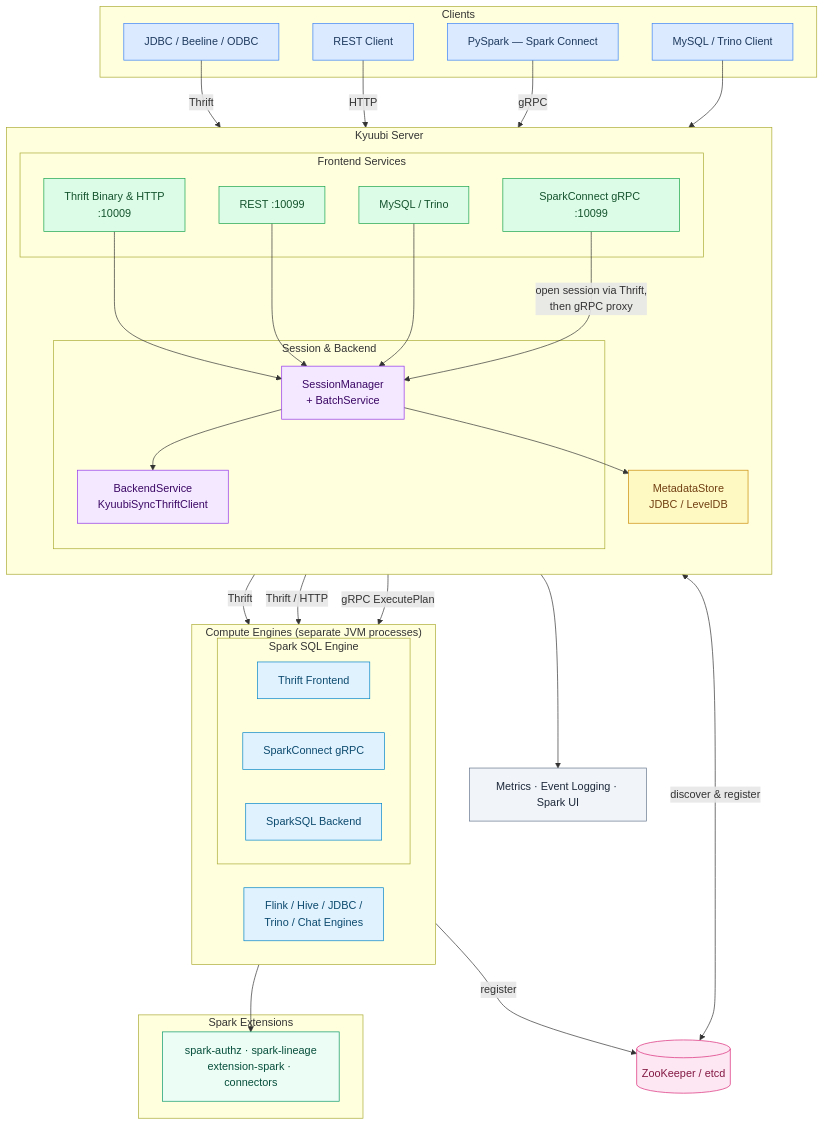
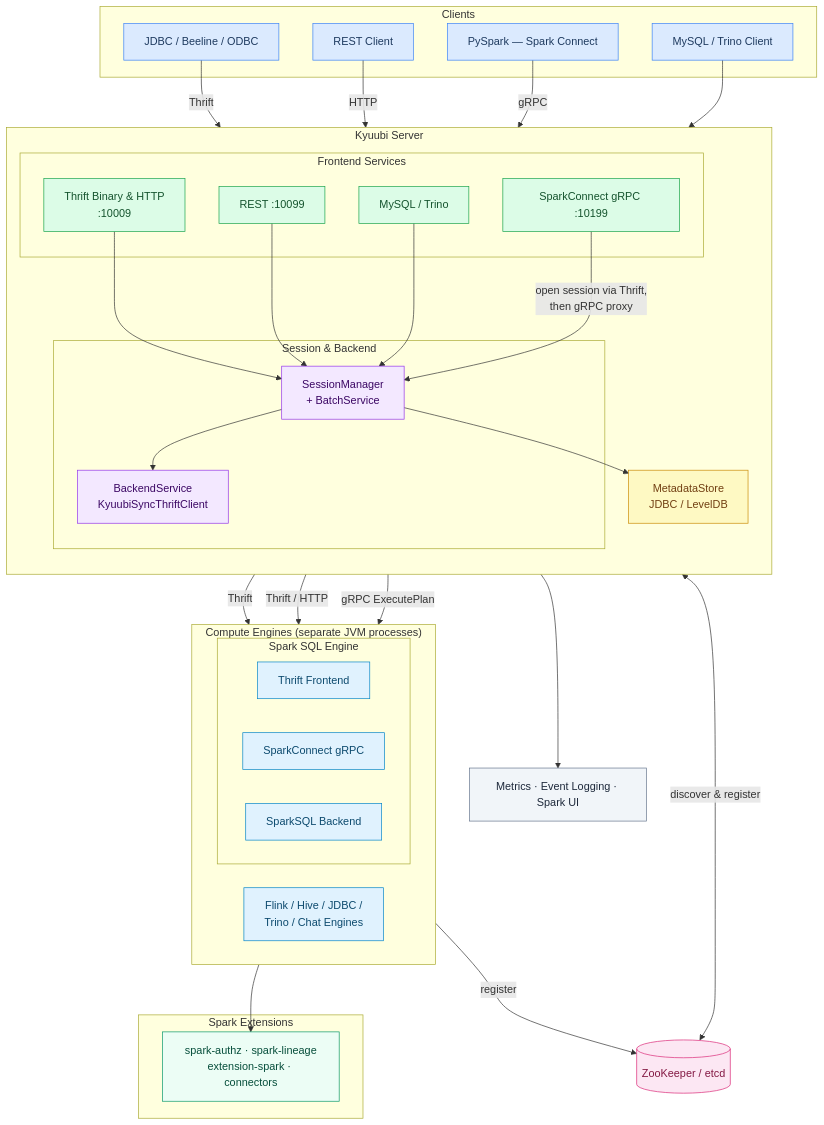
Before and after one commit to arenadata/kyuubi: the diagram in docs/architecture.mmd, drawn with Mermaid. The commit also changed 1 other file, not shown here.

Commit message:
ADH-4718: set default 10199 to kyuubi.frontend.spark.connect.bind.port

```diff
--- a/docs/architecture.mmd
+++ b/docs/architecture.mmd
@@ -1,92 +1,92 @@
 flowchart TB
     %% ── Clients ──────────────────────────────────────────────────────────────
     subgraph Clients
         C1[JDBC / Beeline / ODBC]
         C2[REST Client]
         C3[PySpark — Spark Connect]
         C4[MySQL / Trino Client]
     end
 
     %% ── Kyuubi Server ────────────────────────────────────────────────────────
     subgraph KyuubiServer["Kyuubi Server"]
         direction TB
 
         subgraph Frontends["Frontend Services"]
             F1[Thrift Binary & HTTP<br>:10009]
             F2[REST :10099]
-            F3[SparkConnect gRPC :10099]
+            F3[SparkConnect gRPC :10199]
             F4[MySQL / Trino]
         end
 
         subgraph Core["Session & Backend"]
             SM[SessionManager<br>+ BatchService]
             BS[BackendService<br>KyuubiSyncThriftClient]
         end
 
         MB[MetadataStore<br>JDBC / LevelDB]
     end
 
     %% ── HA / Discovery ───────────────────────────────────────────────────────
     DISC[(ZooKeeper / etcd)]
 
     %% ── Engines ──────────────────────────────────────────────────────────────
     subgraph Engines["Compute Engines  (separate JVM processes)"]
         direction LR
 
         subgraph SparkEngine["Spark SQL Engine"]
             SE_T[Thrift Frontend]
             SE_G[SparkConnect gRPC]
             SE_B[SparkSQL Backend]
         end
 
         OE[Flink / Hive / JDBC /<br>Trino / Chat Engines]
     end
 
     %% ── Spark Extensions ─────────────────────────────────────────────────────
     subgraph SparkExt["Spark Extensions"]
         EX[spark-authz · spark-lineage<br>extension-spark · connectors]
     end
 
     %% ── Observability ────────────────────────────────────────────────────────
     OB[Metrics · Event Logging · Spark UI]
 
     %% ── Connections ──────────────────────────────────────────────────────────
     C1 -->|Thrift| F1
     C2 -->|HTTP| F2
     C3 -->|gRPC| F3
     C4 --> F4
 
     F1 & F2 & F4 --> SM
     F3 -->|open session via Thrift,<br>then gRPC proxy| SM
 
     SM --> BS
     SM <-->|discover & register| DISC
     SM --> MB
 
     BS -->|Thrift| SE_T
     BS -->|Thrift / HTTP| OE
     F3 -->|gRPC ExecutePlan| SE_G
 
     SE_T -->|register| DISC
     SE_B --> EX
 
     KyuubiServer --> OB
 
     %% ── Styles ───────────────────────────────────────────────────────────────
     classDef client     fill:#dbeafe,stroke:#3b82f6,color:#1e3a5f
     classDef frontend   fill:#dcfce7,stroke:#16a34a,color:#14532d
     classDef core       fill:#f3e8ff,stroke:#9333ea,color:#3b0764
     classDef engine     fill:#e0f2fe,stroke:#0284c7,color:#0c4a6e
     classDef discovery  fill:#fce7f3,stroke:#db2777,color:#831843
     classDef extension  fill:#ecfdf5,stroke:#059669,color:#064e3b
     classDef observ     fill:#f1f5f9,stroke:#64748b,color:#1e293b
     classDef store      fill:#fef9c3,stroke:#ca8a04,color:#713f12
 
     class C1,C2,C3,C4 client
     class F1,F2,F3,F4 frontend
     class SM,BS core
     class SE_T,SE_G,SE_B,OE engine
     class DISC discovery
     class EX extension
     class OB observ
     class MB store
```
